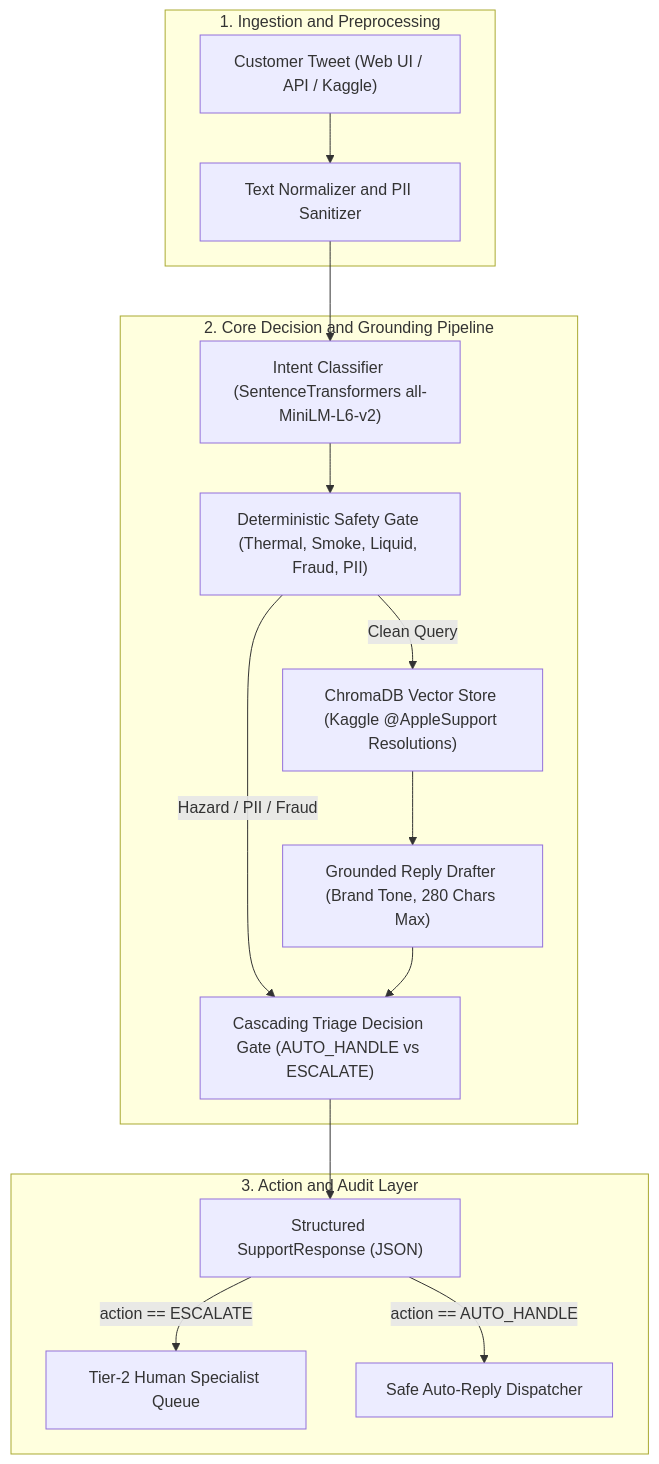
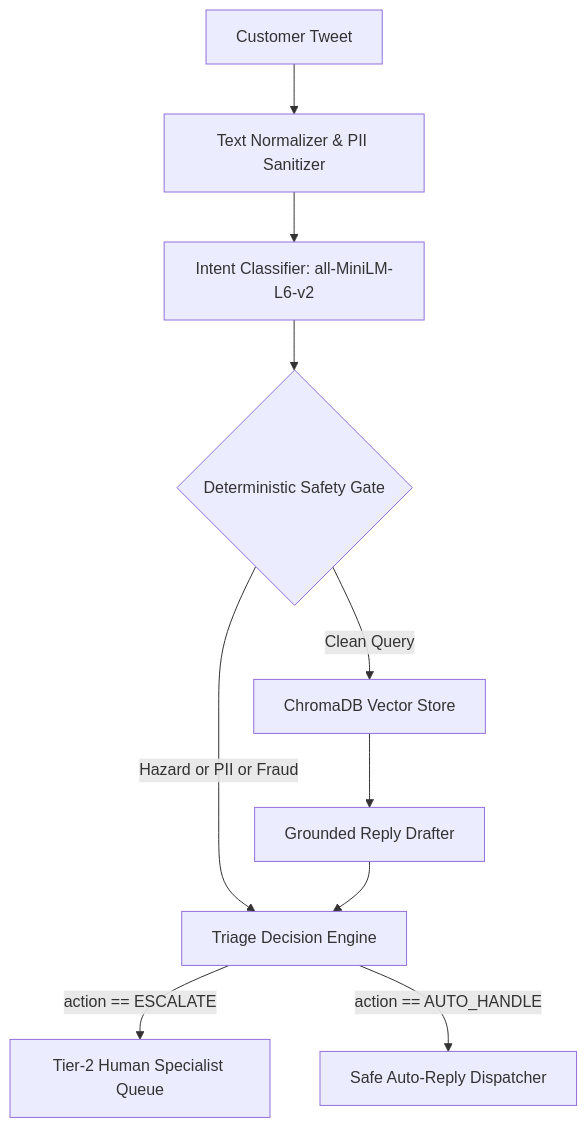
One commit to nanthitha25/hiver_assignment changed the diagram in README.md. Above: the diagram before and after it, drawn with Mermaid. The commit also changed other lines of this file and 2 other files, not shown here.

Commit message:
fix(docs): replace SVGs and nested HTML with standard PNG images and top-level Mermaid diagrams for universal GitHub rendering

````diff
--- a/README.md
+++ b/README.md
@@ -116,32 +109,12 @@
 ```mermaid
 flowchart TD
-    subgraph Input_Layer["1. Ingestion and Preprocessing"]
-        CT["Customer Tweet (Web UI / API / Kaggle)"]
-        Pre["Text Normalizer and PII Sanitizer"]
-    end
-
-    subgraph Core_Engine["2. Core Decision and Grounding Pipeline"]
-        IC["Intent Classifier (SentenceTransformers all-MiniLM-L6-v2)"]
-        Safety["Deterministic Safety Gate (Thermal, Smoke, Liquid, Fraud, PII)"]
-        RAG["ChromaDB Vector Store (Kaggle @AppleSupport Resolutions)"]
-        Drafter["Grounded Reply Drafter (Brand Tone, 280 Chars Max)"]
-        Triage["Cascading Triage Decision Gate (AUTO_HANDLE vs ESCALATE)"]
-    end
-
-    subgraph Output_Layer["3. Action and Audit Layer"]
-        Result["Structured SupportResponse (JSON)"]
-        HumanQueue["Tier-2 Human Specialist Queue"]
-        AutoReply["Safe Auto-Reply Dispatcher"]
-    end
-
-    CT --> Pre
-    Pre --> IC
-    IC --> Safety
-    Safety -->|Hazard / PII / Fraud| Triage
-    Safety -->|Clean Query| RAG
-    RAG --> Drafter
+    CT[Customer Tweet] --> Pre[Text Normalizer & PII Sanitizer]
+    Pre --> IC[Intent Classifier: all-MiniLM-L6-v2]
+    IC --> Safety{Deterministic Safety Gate}
+    Safety -->|Hazard or PII or Fraud| Triage[Triage Decision Engine]
+    Safety -->|Clean Query| RAG[ChromaDB Vector Store]
+    RAG --> Drafter[Grounded Reply Drafter]
     Drafter --> Triage
-    Triage --> Result
-    Result -->|action == ESCALATE| HumanQueue
-    Result -->|action == AUTO_HANDLE| AutoReply
+    Triage -->|action == ESCALATE| HumanQueue[Tier-2 Human Specialist Queue]
+    Triage -->|action == AUTO_HANDLE| AutoReply[Safe Auto-Reply Dispatcher]
 ```
````
